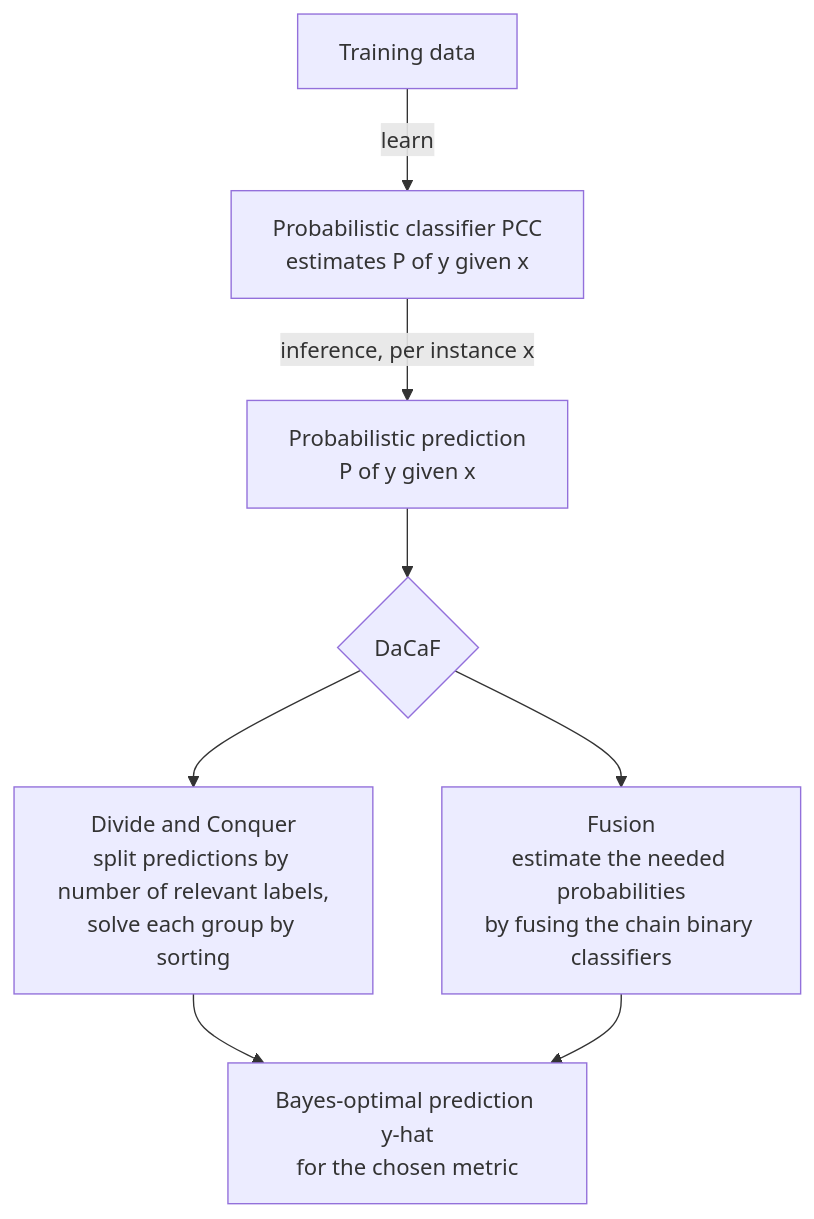
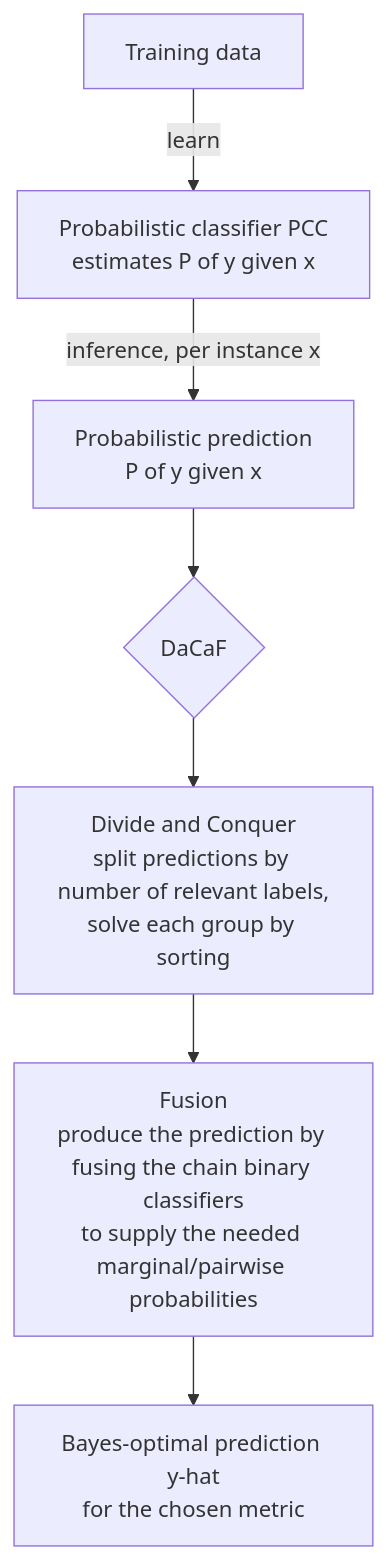
Before and after one commit to hxtruong6/inference_probabilistic_mlc: the diagram in README.md, drawn with Mermaid. The commit also changed other lines of this file, not shown here.

Commit message:
docs: correct DaCaF diagram to divide-and-conquer then fusion flow

````diff
--- a/README.md
+++ b/README.md
@@ -21,10 +21,9 @@
 ```mermaid
 flowchart TD
     A[Training data] -->|learn| B[Probabilistic classifier PCC<br/>estimates P of y given x]
     B -->|inference, per instance x| C[Probabilistic prediction<br/>P of y given x]
     C --> D{DaCaF}
     D --> E[Divide and Conquer<br/>split predictions by number of relevant labels,<br/>solve each group by sorting]
-    D --> F[Fusion<br/>estimate the needed probabilities<br/>by fusing the chain binary classifiers]
-    E --> G[Bayes-optimal prediction y-hat<br/>for the chosen metric]
-    F --> G
+    E --> F[Fusion<br/>produce the prediction by fusing the chain binary classifiers<br/>to supply the needed marginal/pairwise probabilities]
+    F --> G[Bayes-optimal prediction y-hat<br/>for the chosen metric]
 ```
````
